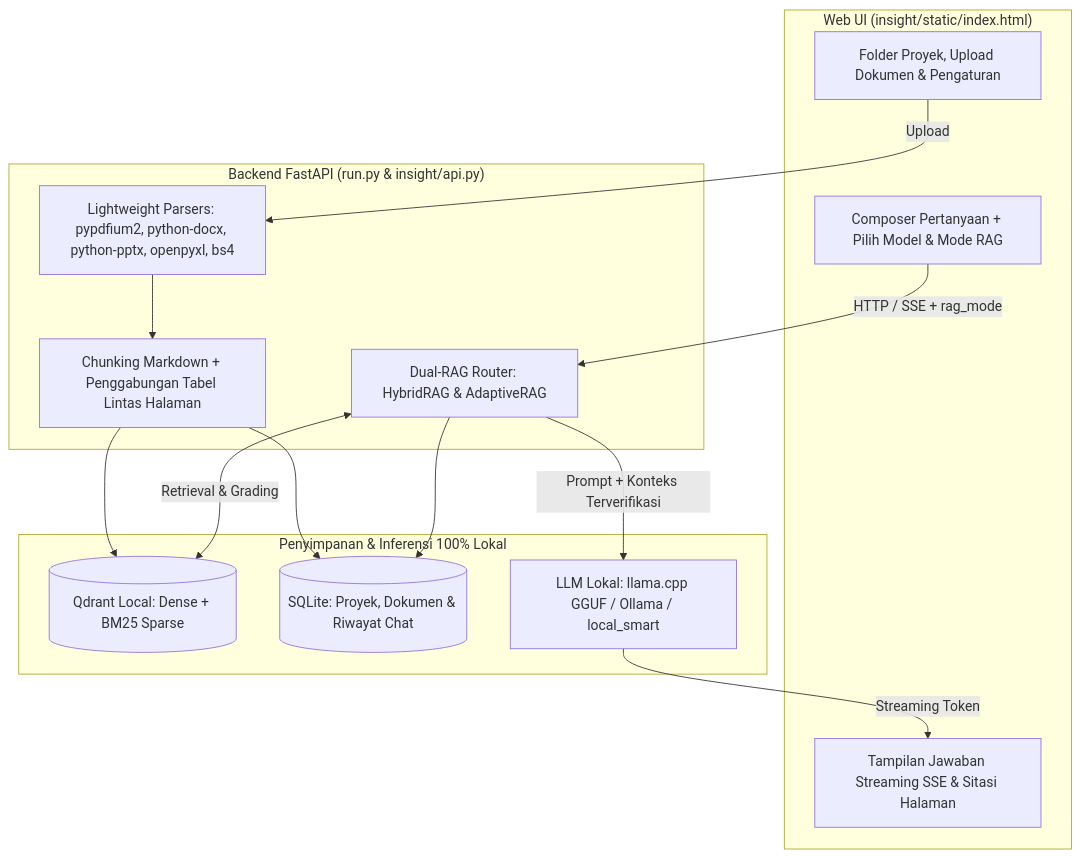
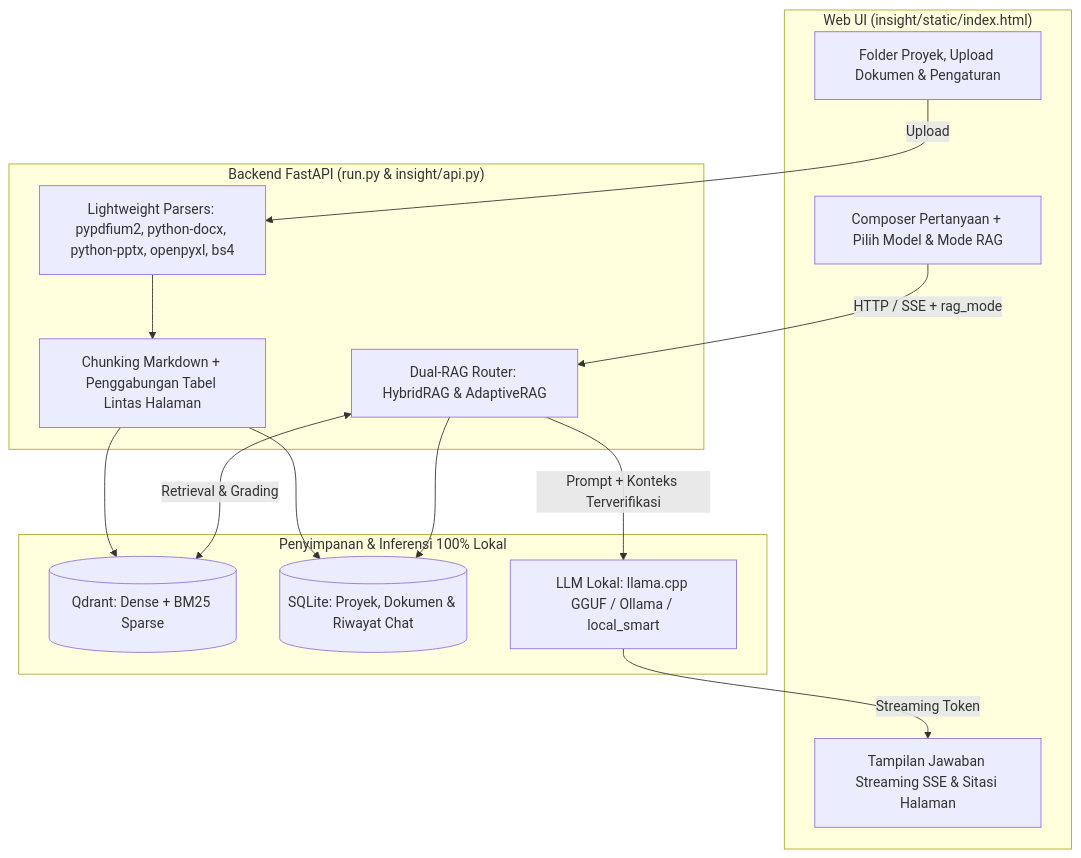
Before and after one commit to Cahyo-Wisanggeni/InSight: the diagram in README.md, drawn with Mermaid. The commit also changed other lines of this file, not shown here.

Commit message:
docs(readme): simplify Qdrant Local references to Qdrant

````diff
--- a/README.md
+++ b/README.md
@@ -197,28 +197,28 @@
 ```mermaid
 flowchart TD
     subgraph UI ["Web UI (insight/static/index.html)"]
         A[Folder Proyek, Upload Dokumen & Pengaturan]
         B[Composer Pertanyaan + Pilih Model & Mode RAG]
         C[Tampilan Jawaban Streaming SSE & Sitasi Halaman]
     end
 
     subgraph API ["Backend FastAPI (run.py & insight/api.py)"]
         D[Lightweight Parsers: pypdfium2, python-docx, python-pptx, openpyxl, bs4]
         E[Chunking Markdown + Penggabungan Tabel Lintas Halaman]
         F[Dual-RAG Router: HybridRAG & AdaptiveRAG]
     end
 
     subgraph STORE ["Penyimpanan & Inferensi 100% Lokal"]
-        G[(Qdrant Local: Dense + BM25 Sparse)]
+        G[(Qdrant: Dense + BM25 Sparse)]
         H[(SQLite: Proyek, Dokumen & Riwayat Chat)]
         I[LLM Lokal: llama.cpp GGUF / Ollama / local_smart]
     end
 
     A -->|Upload| D --> E --> G
     E --> H
     B -->|HTTP / SSE + rag_mode| F
     F <-->|Retrieval & Grading| G
     F -->|Prompt + Konteks Terverifikasi| I
     I -->|Streaming Token| C
     F --> H
 ```
````
